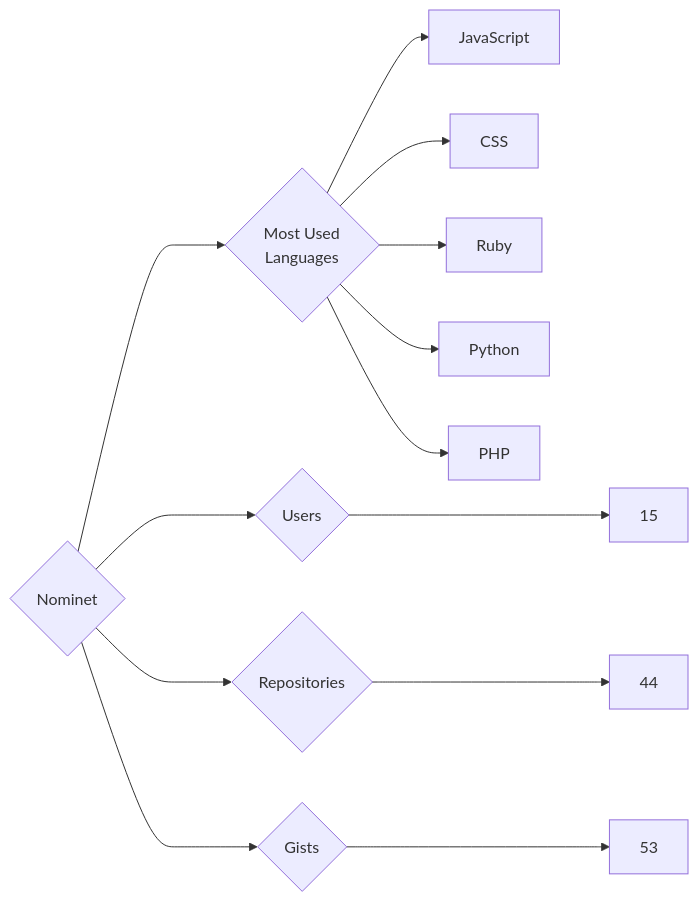
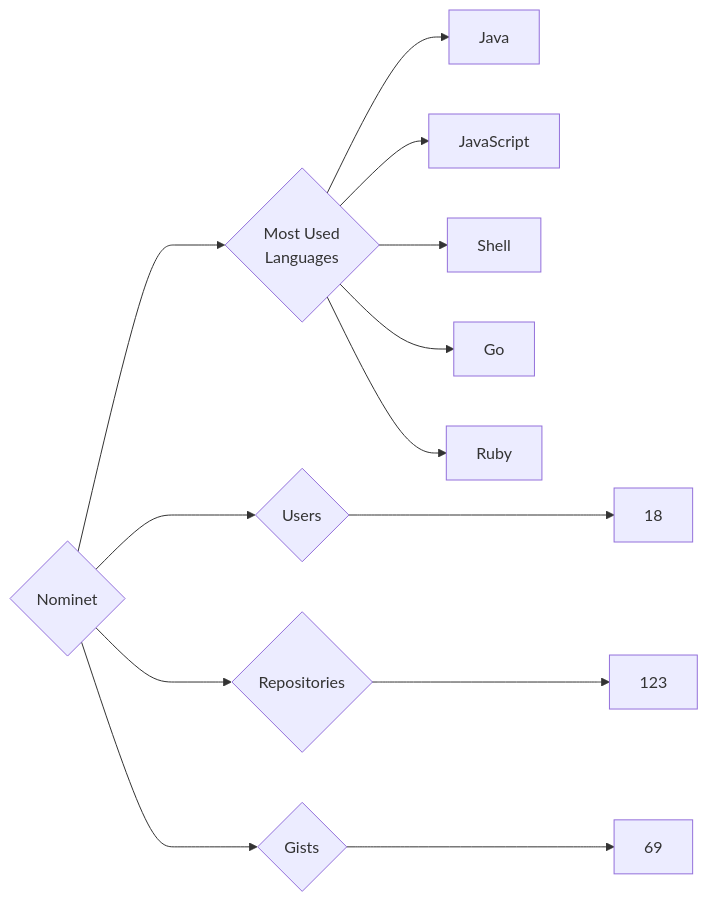
One commit to trickest/insiders changed the diagram in targets/Nominet/README.md. Above: the diagram before and after it, drawn with Mermaid. The commit also changed 839 other files, not shown here.

````diff
--- a/targets/Nominet/README.md
+++ b/targets/Nominet/README.md
@@ -3,13 +3,13 @@
 ```mermaid
 graph LR
 COMPANY_NAME{Nominet}
-COMPANY_NAME ---> U{Users} ---> UN[15]
-COMPANY_NAME ---> R{Repositories} ---> RN[44]
-COMPANY_NAME ---> G{Gists} ---> GN[53]
+COMPANY_NAME ---> U{Users} ---> UN[18]
+COMPANY_NAME ---> R{Repositories} ---> RN[123]
+COMPANY_NAME ---> G{Gists} ---> GN[69]
 COMPANY_NAME ---> ML{Most Used<br>Languages}
+ML --> Java[Java]
 ML --> JavaScript[JavaScript]
-ML --> CSS[CSS]
+ML --> Shell[Shell]
+ML --> Go[Go]
 ML --> Ruby[Ruby]
-ML --> Python[Python]
-ML --> PHP[PHP]
 ```
````
